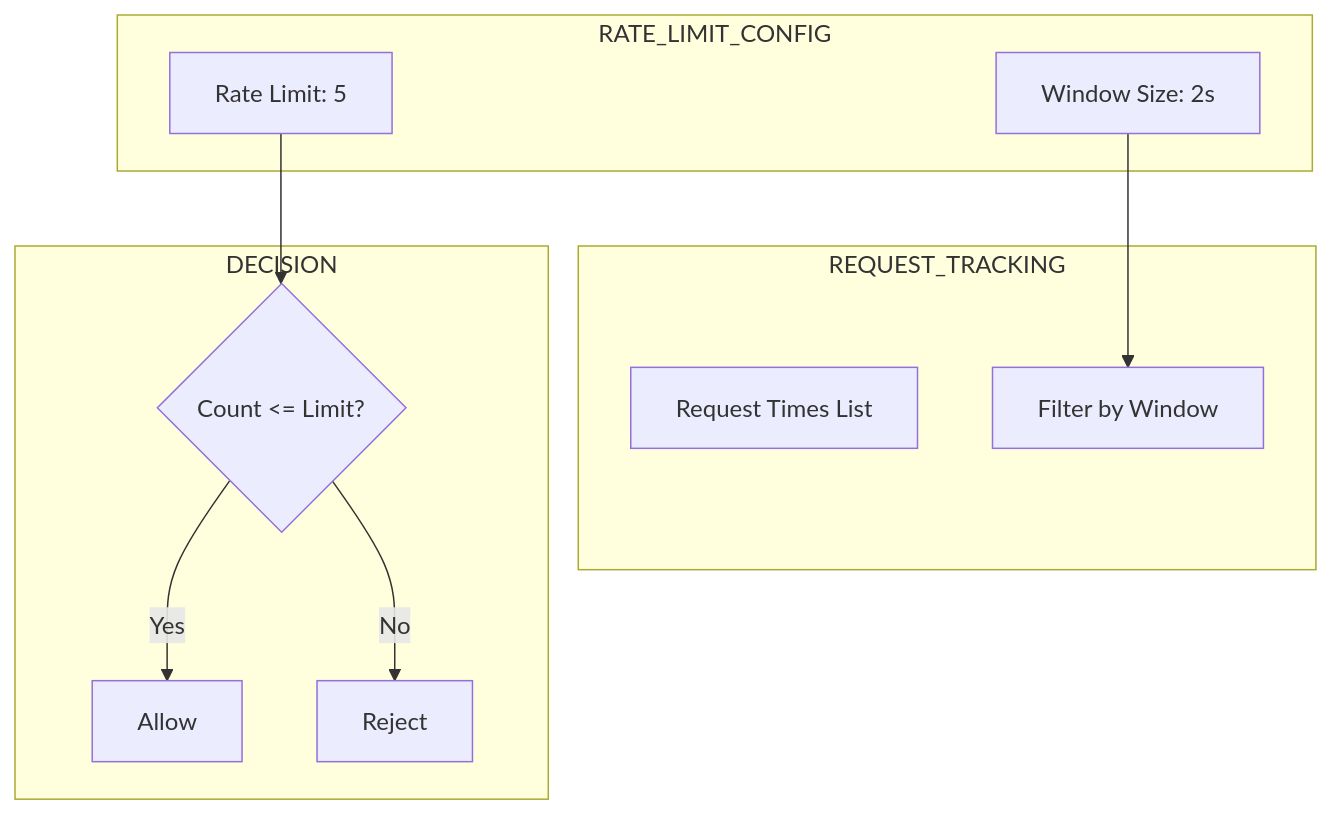
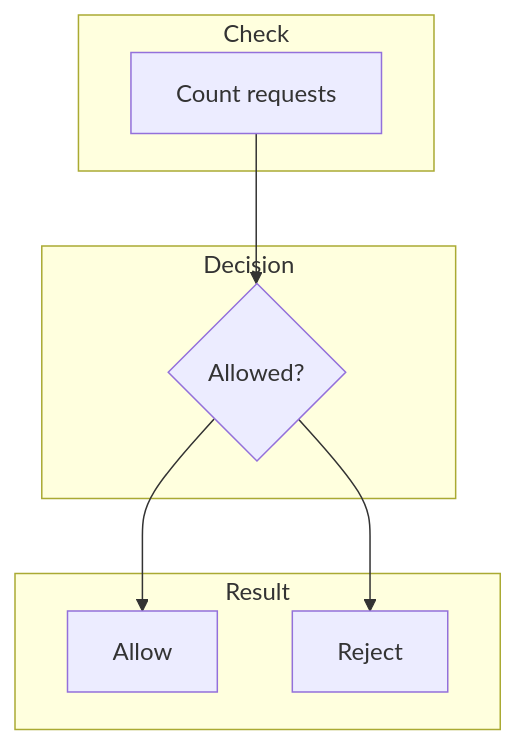
Before and after one commit to wisrovi/wpipe: the third of 5 diagrams in examples/api_pipeline/11_rate_limiting/README.md, drawn with Mermaid. The commit also changed other lines of this file and 20 other files, not shown here.

First line of the commit message:
Simplify Mermaid diagrams for better rendering

````diff
--- a/examples/api_pipeline/11_rate_limiting/README.md
+++ b/examples/api_pipeline/11_rate_limiting/README.md
@@ -39,21 +32,19 @@
 ```mermaid
 graph TB
-    subgraph RATE_LIMIT_CONFIG
-        R1[Rate Limit: 5]
-        R2[Window Size: 2s]
+    subgraph Check
+        C[Count requests]
     end
     
-    subgraph REQUEST_TRACKING
-        T1[Request Times List]
-        T2[Filter by Window]
+    subgraph Decision
+        D{Allowed?}
     end
     
-    subgraph DECISION
-        D1{Count <= Limit?}
-        D1 -->|Yes| D2[Allow]
-        D1 -->|No| D3[Reject]
+    subgraph Result
+        A[Allow]
+        R[Reject]
     end
     
-    R1 --> D1
-    R2 --> T2
+    C --> D
+    D --> A
+    D --> R
 ```
````
